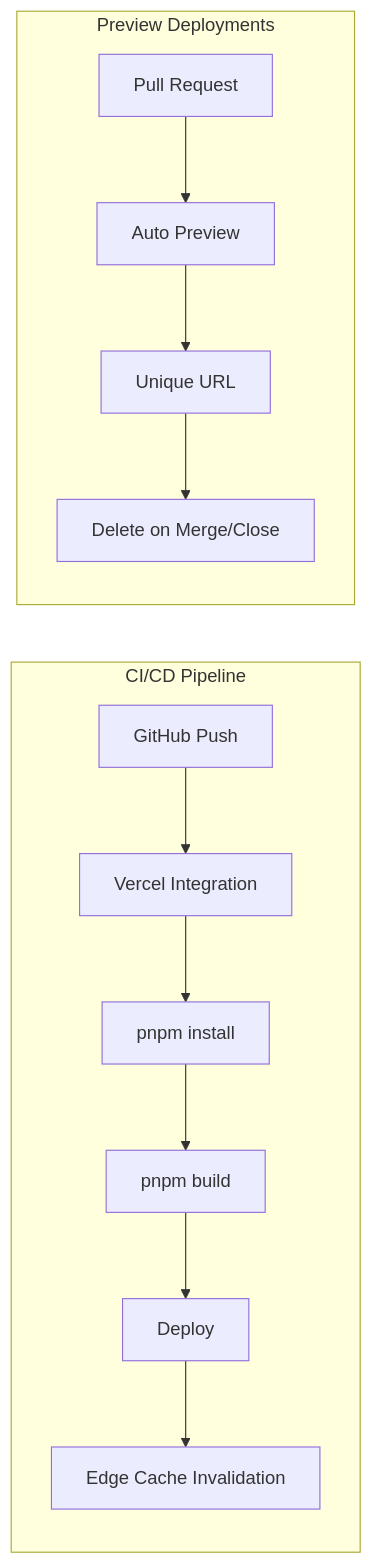
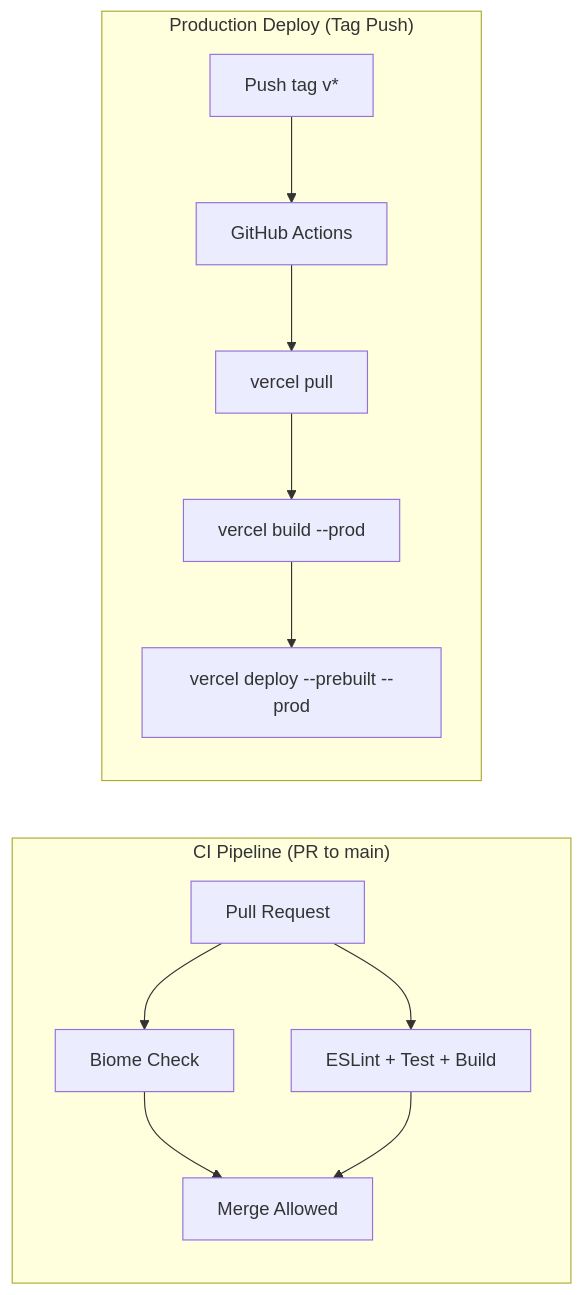
Before and after one commit to ywj3493/metis-blog: the fourth of 4 diagrams in docs/specifications/infrastructure.md, drawn with Mermaid. The commit also changed other lines of this file and 6 other files, not shown here.

First line of the commit message:
config: 태그 기반 Vercel 배포 워크플로우 전환 (refs issue087)

````diff
--- a/docs/specifications/infrastructure.md
+++ b/docs/specifications/infrastructure.md
@@ -368,16 +373,16 @@
 ```mermaid
 flowchart LR
-    subgraph "CI/CD Pipeline"
-        A[GitHub Push] --> B[Vercel Integration]
-        B --> C[pnpm install]
-        C --> D[pnpm build]
-        D --> E[Deploy]
-        E --> F[Edge Cache Invalidation]
+    subgraph "CI Pipeline (PR to main)"
+        A[Pull Request] --> B[Biome Check]
+        A --> C[ESLint + Test + Build]
+        B --> D[Merge Allowed]
+        C --> D
     end
 
-    subgraph "Preview Deployments"
-        G[Pull Request] --> H[Auto Preview]
-        H --> I[Unique URL]
-        I --> J[Delete on Merge/Close]
+    subgraph "Production Deploy (Tag Push)"
+        E["Push tag v*"] --> F[GitHub Actions]
+        F --> G[vercel pull]
+        G --> H[vercel build --prod]
+        H --> I[vercel deploy --prebuilt --prod]
     end
 ```
````
